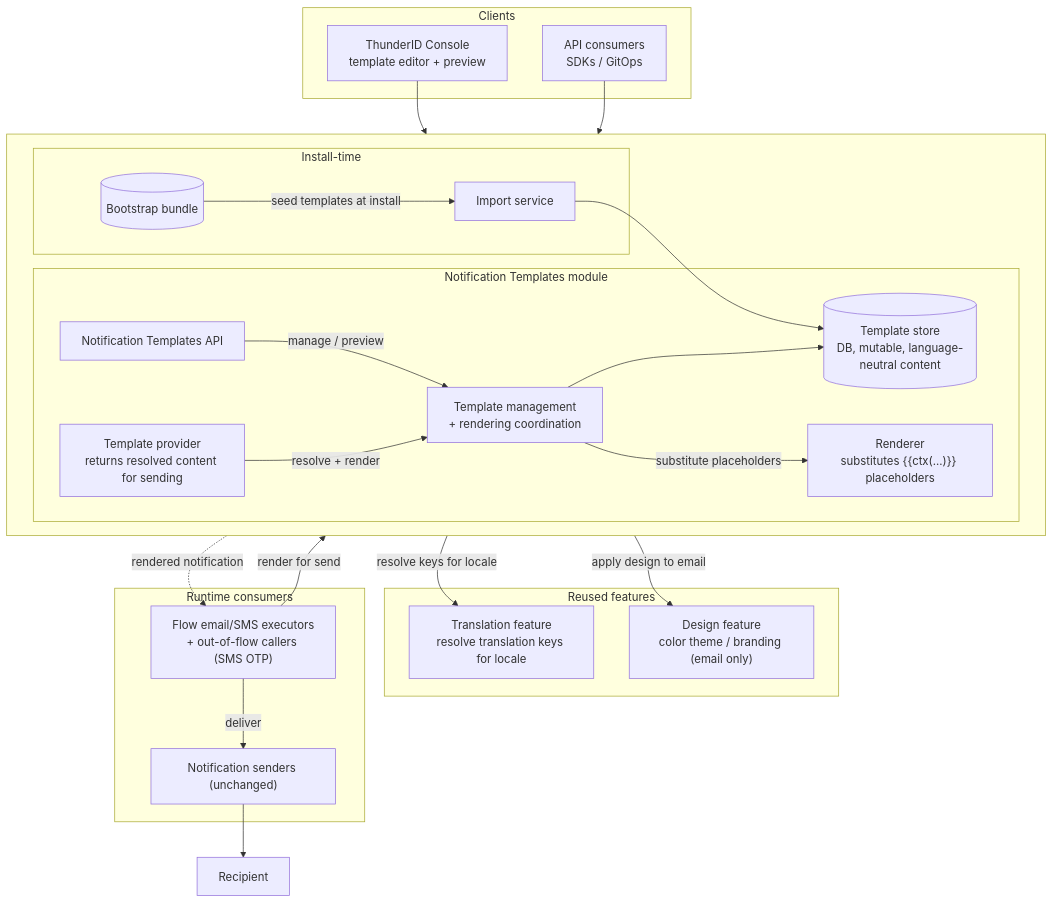
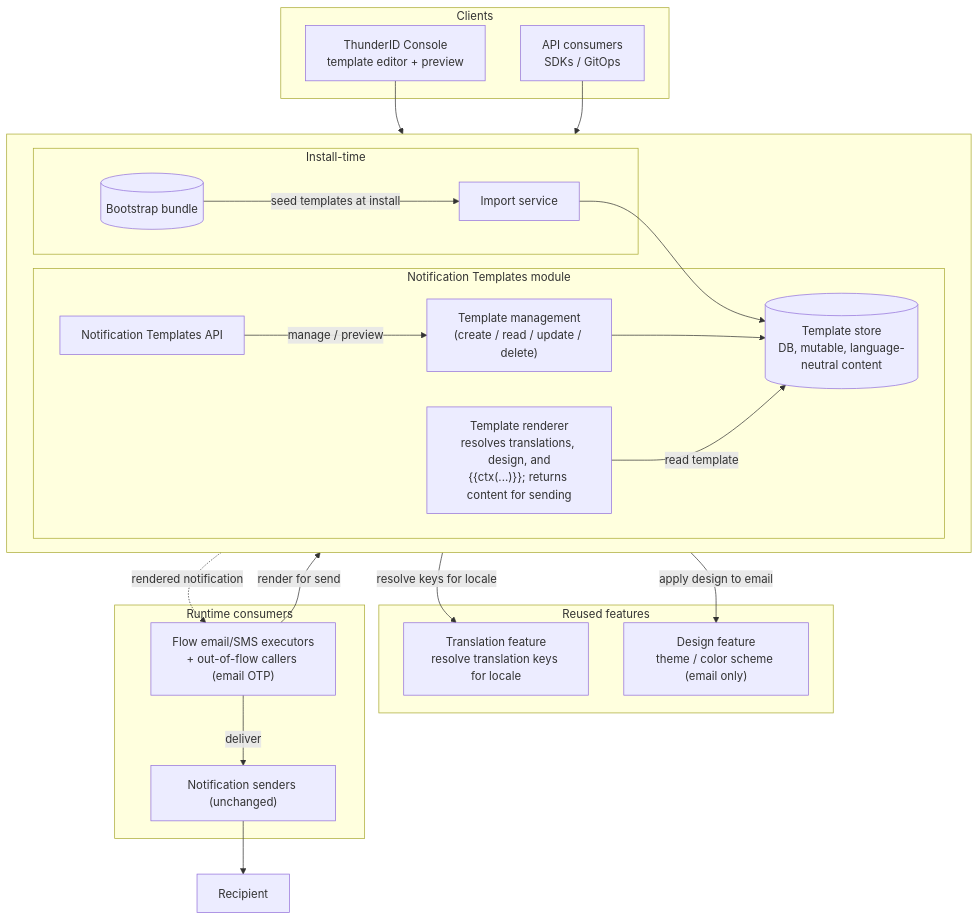
The diagram in docs-internals/notification-templates/spec.md (Thisara-Welmilla/thunderid), drawn with Mermaid before and after one commit. The commit also changed other lines of this file, not shown here.

Commit message:
Align notification templates spec with implemented feature

````diff
--- a/docs-internals/notification-templates/spec.md
+++ b/docs-internals/notification-templates/spec.md
@@ -25,51 +25,48 @@
 ```mermaid
 flowchart TB
     subgraph clients [Clients]
         Console["ThunderID Console<br/>template editor + preview"]
         ApiClient["API consumers<br/>SDKs / GitOps"]
     end
 
     subgraph core [ ]
         direction LR
         subgraph nt [Notification Templates module]
             API["Notification Templates API"]
-            MgmtSvc["Template management<br/>+ rendering coordination"]
-            Provider["Template provider<br/>returns resolved content for sending"]
-            Renderer["Renderer<br/>substitutes {{ctx(...)}} placeholders"]
+            MgmtSvc["Template management<br/>(create / read / update / delete)"]
+            Renderer["Template renderer<br/>resolves translations, design, and<br/>{{ctx(...)}}; returns content for sending"]
             Store[("Template store<br/>DB, mutable, language-neutral content")]
         end
 
         subgraph install [Install-time]
             Bootstrap[("Bootstrap bundle")]
             Importer["Import service"]
         end
     end
 
     subgraph reused [Reused features]
         Translation["Translation feature<br/>resolve translation keys for locale"]
-        Design["Design feature<br/>color theme / branding (email only)"]
+        Design["Design feature<br/>theme / color scheme (email only)"]
     end
 
     subgraph consumers [Runtime consumers]
-        Flow["Flow email/SMS executors<br/>+ out-of-flow callers (SMS OTP)"]
+        Flow["Flow email/SMS executors<br/>+ out-of-flow callers (email OTP)"]
         Sender["Notification senders (unchanged)"]
     end
     Recipient["Recipient"]
 
     Console --> API
     ApiClient --> API
     API -->|manage / preview| MgmtSvc
     MgmtSvc --> Store
     Bootstrap -->|seed templates at install| Importer --> Store
-    MgmtSvc -->|resolve keys for locale| Translation
-    MgmtSvc -->|apply design to email| Design
-    MgmtSvc -->|substitute placeholders| Renderer
-    Flow -->|render for send| Provider
-    Provider -->|resolve + render| MgmtSvc
-    Provider -. rendered notification .-> Flow
+    Renderer -->|read template| Store
+    Renderer -->|resolve keys for locale| Translation
+    Renderer -->|apply design to email| Design
+    Flow -->|render for send| Renderer
+    Renderer -. rendered notification .-> Flow
     Flow -->|deliver| Sender --> Recipient
 
     Store ~~~ Translation
-    Renderer ~~~ Design
     nt ~~~ reused
 ```
````
